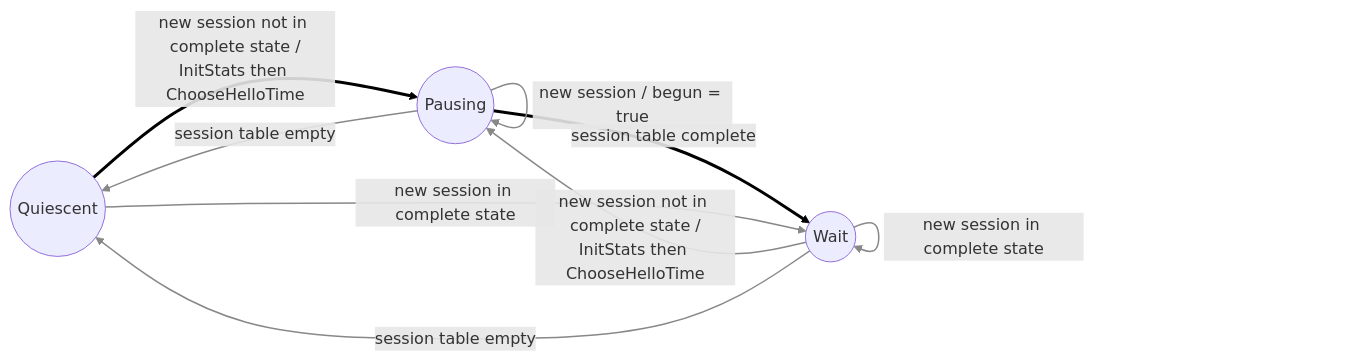
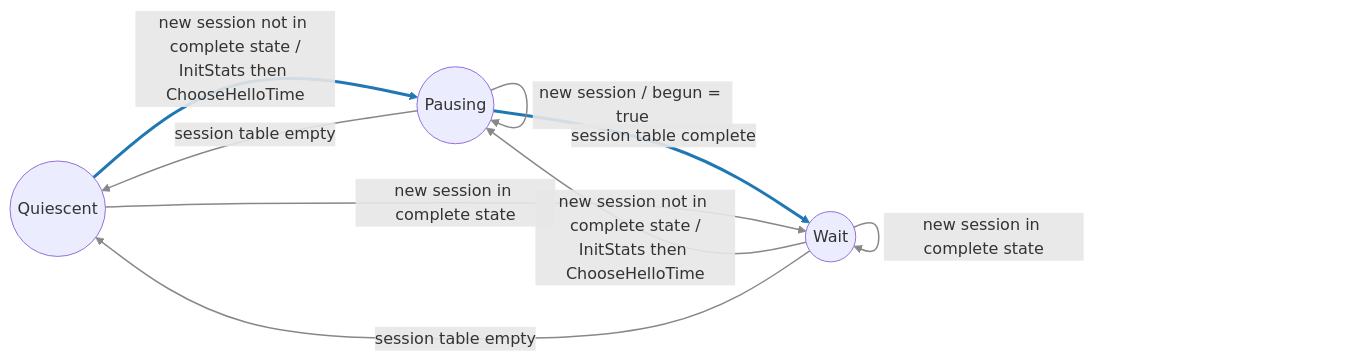
Before and after one commit to d3vi1/LLTDResponder: the third of 3 diagrams in Documentation/lltd_automata_specification.md, drawn with Mermaid. The commit also changed other lines of this file, not shown here.

First line of the commit message:
Improve dark mode visibility for state diagrams

````diff
--- a/Documentation/lltd_automata_specification.md
+++ b/Documentation/lltd_automata_specification.md
@@ -309,39 +309,39 @@
 ```mermaid
 flowchart LR
-  %% - normal transition: thick black
+  %% - normal transition: thick blue
   %% - expected recovery: thin gray solid
   %% (nu apare error recovery distinct în diagramă)
 
   Q((Quiescent))
   P((Pausing))
   W((Wait))
 
   %% -------------------------
   %% Normal transitions (0..1)
   %% -------------------------
   Q -->|"new session not in complete state /<br/>InitStats then ChooseHelloTime"| P
   P -->|"session table complete"| W
 
   %% -------------------------
   %% Expected recovery (2..11)
   %% -------------------------
   Q -->|"new session in complete state"| W
 
   P -->|"existing session in complete state,<br/>session table incomplete"| P
   P -->|"Hello / r++"| P
   P -->|"hello timeout / Hello<br/>then DoHello"| P
   P -->|"block timeout / UpdateStats<br/>then ChooseHelloTime"| P
   P -->|"new session / begun = true"| P
 
   W -->|"new session in complete state"| W
   W -->|"new session not in complete state /<br/>InitStats then ChooseHelloTime"| P
 
   P -->|"session table empty"| Q
   W -->|"session table empty"| Q
 
   %% -------------------------
   %% Edge styling by index
   %% -------------------------
-  linkStyle 0,1 stroke:#000,stroke-width:3px
+  linkStyle 0,1 stroke:#1f77b4,stroke-width:3px
   linkStyle 2,3,4,5,6,7,8,9,10,11 stroke:#888,stroke-width:1.5px
 ```
````
